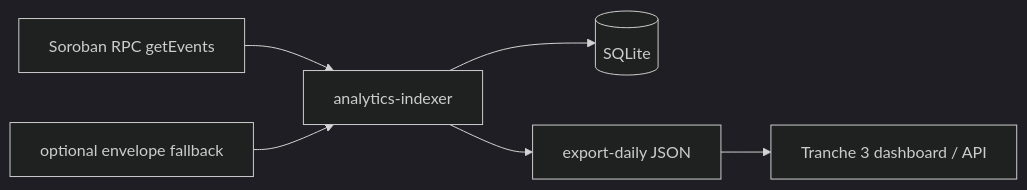
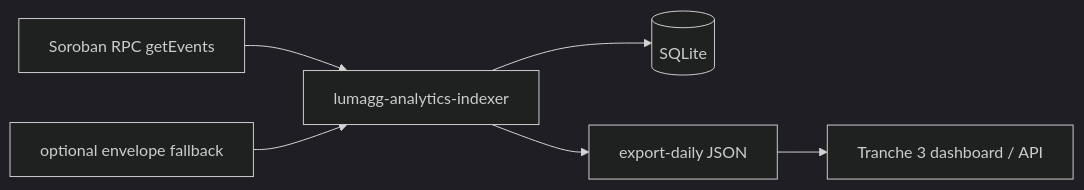
Before and after one commit to Lum-Agg/stellar-dex-agg: the diagram in docs/analytics-indexer.md, drawn with Mermaid (dark theme). The commit also changed other lines of this file and 21 other files, not shown here.

````diff
--- a/docs/analytics-indexer.md
+++ b/docs/analytics-indexer.md
@@ -29,8 +29,8 @@
 ```mermaid
 flowchart LR
-  RPC[Soroban RPC getEvents] --> IDX[analytics-indexer]
+  RPC[Soroban RPC getEvents] --> IDX[lumagg-analytics-indexer]
   ENV[optional envelope fallback] --> IDX
   IDX --> DB[(SQLite)]
   IDX --> EXP[export-daily JSON]
   EXP --> T3[Tranche 3 dashboard / API]
 ```
````
